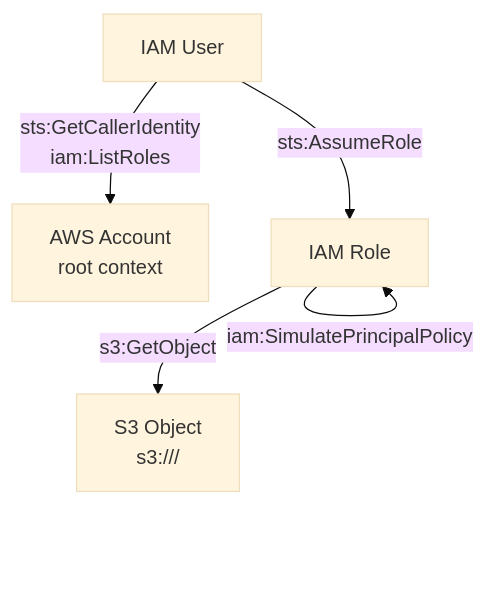
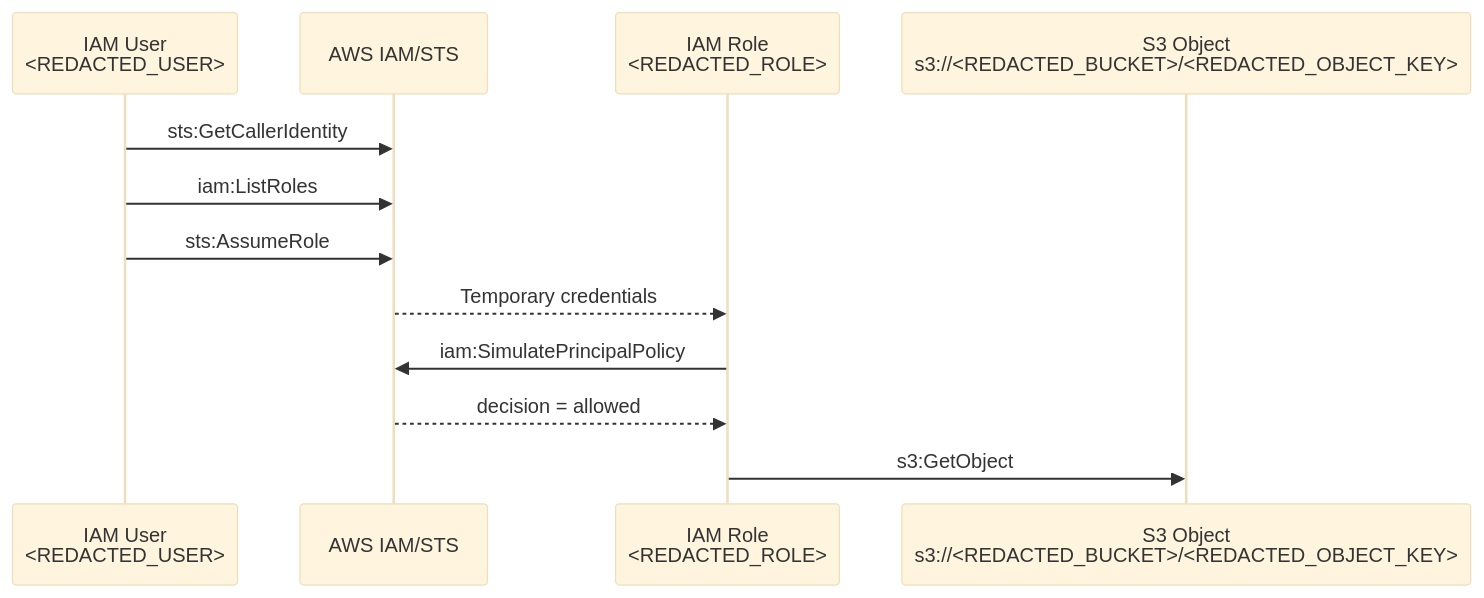
Before and after one commit to PydaVi/rastro: the diagram in docs/aws-first-real-path-poc.md, drawn with Mermaid (base theme). The commit also changed other lines of this file and 2 other files, not shown here.

Commit message:
Fix AWS executor and polish PoC docs

````diff
--- a/docs/aws-first-real-path-poc.md
+++ b/docs/aws-first-real-path-poc.md
@@ -81,12 +81,15 @@
 ```mermaid
-graph TD
-  user["IAM User<br/><REDACTED_USER>"]
-  root["AWS Account<br/>root context"]
-  role["IAM Role<br/><REDACTED_ROLE>"]
-  s3["S3 Object<br/>s3://<REDACTED_BUCKET>/<REDACTED_OBJECT_KEY>"]
+sequenceDiagram
+  participant U as IAM User<br/><REDACTED_USER>
+  participant I as AWS IAM/STS
+  participant R as IAM Role<br/><REDACTED_ROLE>
+  participant S as S3 Object<br/>s3://<REDACTED_BUCKET>/<REDACTED_OBJECT_KEY>
 
-  user -->|"sts:GetCallerIdentity<br/>iam:ListRoles"| root
-  user -->|"sts:AssumeRole"| role
-  role -->|"iam:SimulatePrincipalPolicy"| role
-  role -->|"s3:GetObject"| s3
+  U->>I: sts:GetCallerIdentity
+  U->>I: iam:ListRoles
+  U->>I: sts:AssumeRole
+  I-->>R: Temporary credentials
+  R->>I: iam:SimulatePrincipalPolicy
+  I-->>R: decision = allowed
+  R->>S: s3:GetObject
 ```
````
